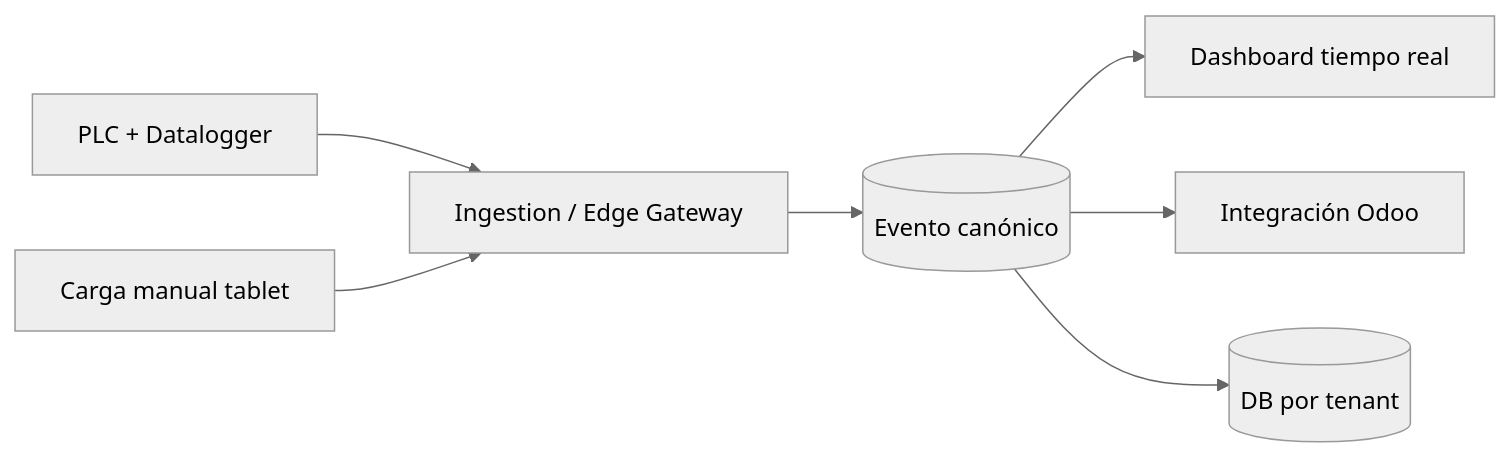
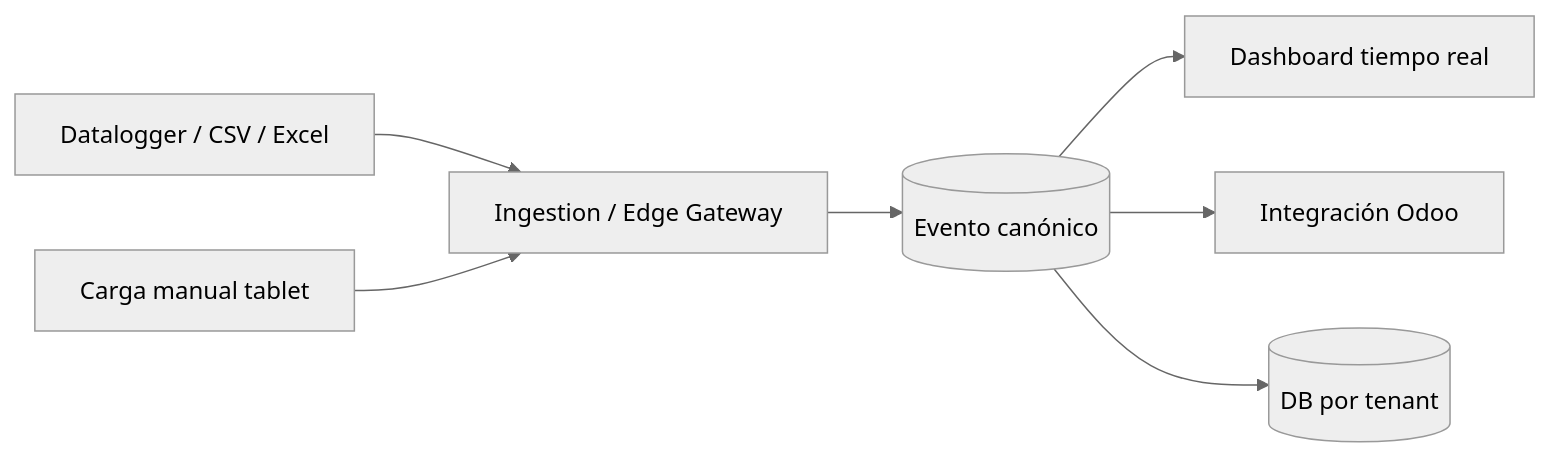
One commit to buttiepedro/mes changed the second of 2 diagrams in specs/idea.md. Above: the diagram before and after it, drawn with Mermaid (neutral theme). The commit also changed other lines of this file and 21 other files, not shown here.

````diff
--- a/specs/idea.md
+++ b/specs/idea.md
@@ -190,9 +193,9 @@
 ```mermaid
 flowchart LR
-  A[PLC + Datalogger] --> C[Ingestion / Edge Gateway]
+  A[Datalogger / CSV / Excel] --> C[Ingestion / Edge Gateway]
   B[Carga manual tablet] --> C
   C --> D[(Evento canónico)]
   D --> E[Dashboard tiempo real]
   D --> F[Integración Odoo]
   D --> G[(DB por tenant)]
 ```
````
